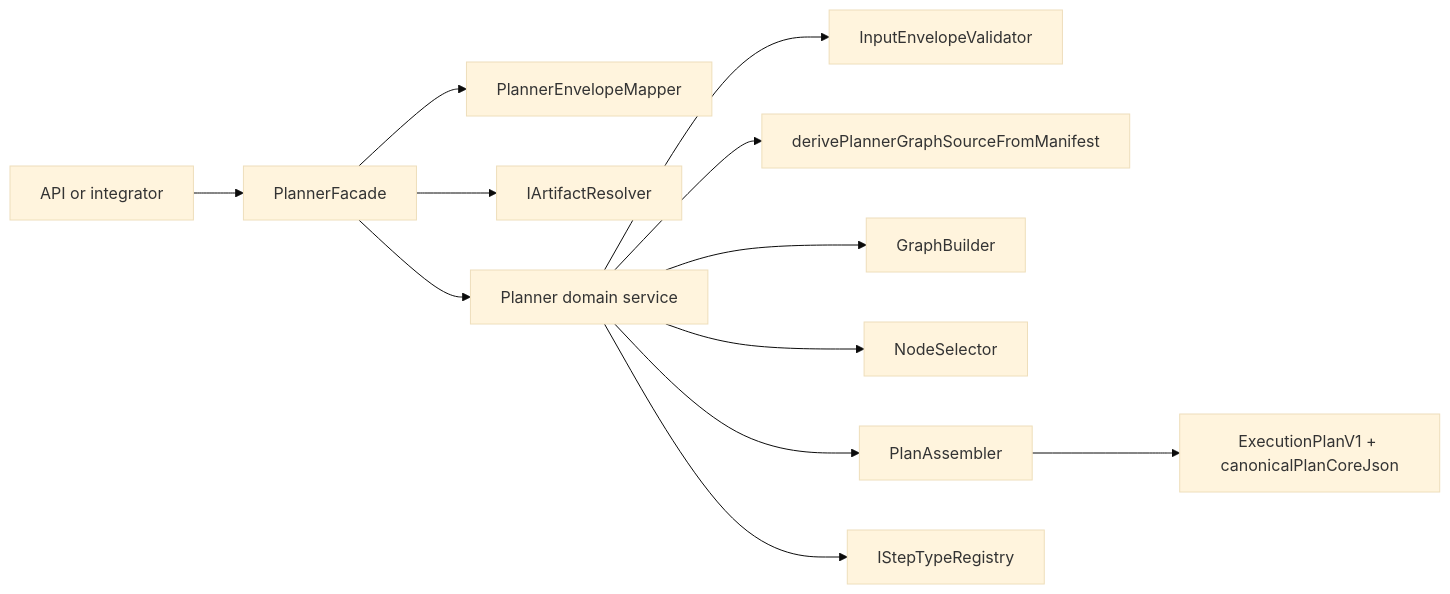
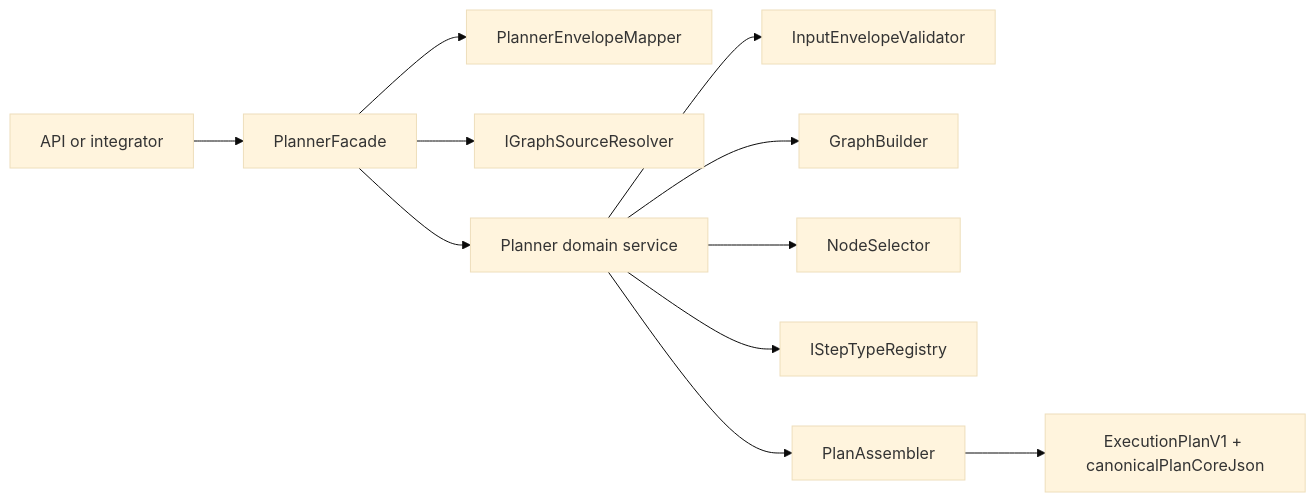
The diagram in docs/architecture/components/planner/index.md (dunay2/dvt), drawn with Mermaid (base theme) before and after one commit. The commit also changed other lines of this file and 4 other files, not shown here.

````diff
--- a/docs/architecture/components/planner/index.md
+++ b/docs/architecture/components/planner/index.md
@@ -45,14 +45,13 @@
 ```mermaid
 flowchart LR
   Caller["API or integrator"] --> Facade["PlannerFacade"]
   Facade --> Mapper["PlannerEnvelopeMapper"]
-  Facade --> Resolver["IArtifactResolver"]
+  Facade --> Resolver["IGraphSourceResolver"]
   Facade --> Planner["Planner domain service"]
   Planner --> Validator["InputEnvelopeValidator"]
-  Planner --> Deriver["derivePlannerGraphSourceFromManifest"]
   Planner --> Graph["GraphBuilder"]
   Planner --> Selector["NodeSelector"]
+  Planner --> Registry["IStepTypeRegistry"]
   Planner --> Assembler["PlanAssembler"]
-  Planner --> Registry["IStepTypeRegistry"]
   Assembler --> Plan["ExecutionPlanV1 + canonicalPlanCoreJson"]
 ```
````
